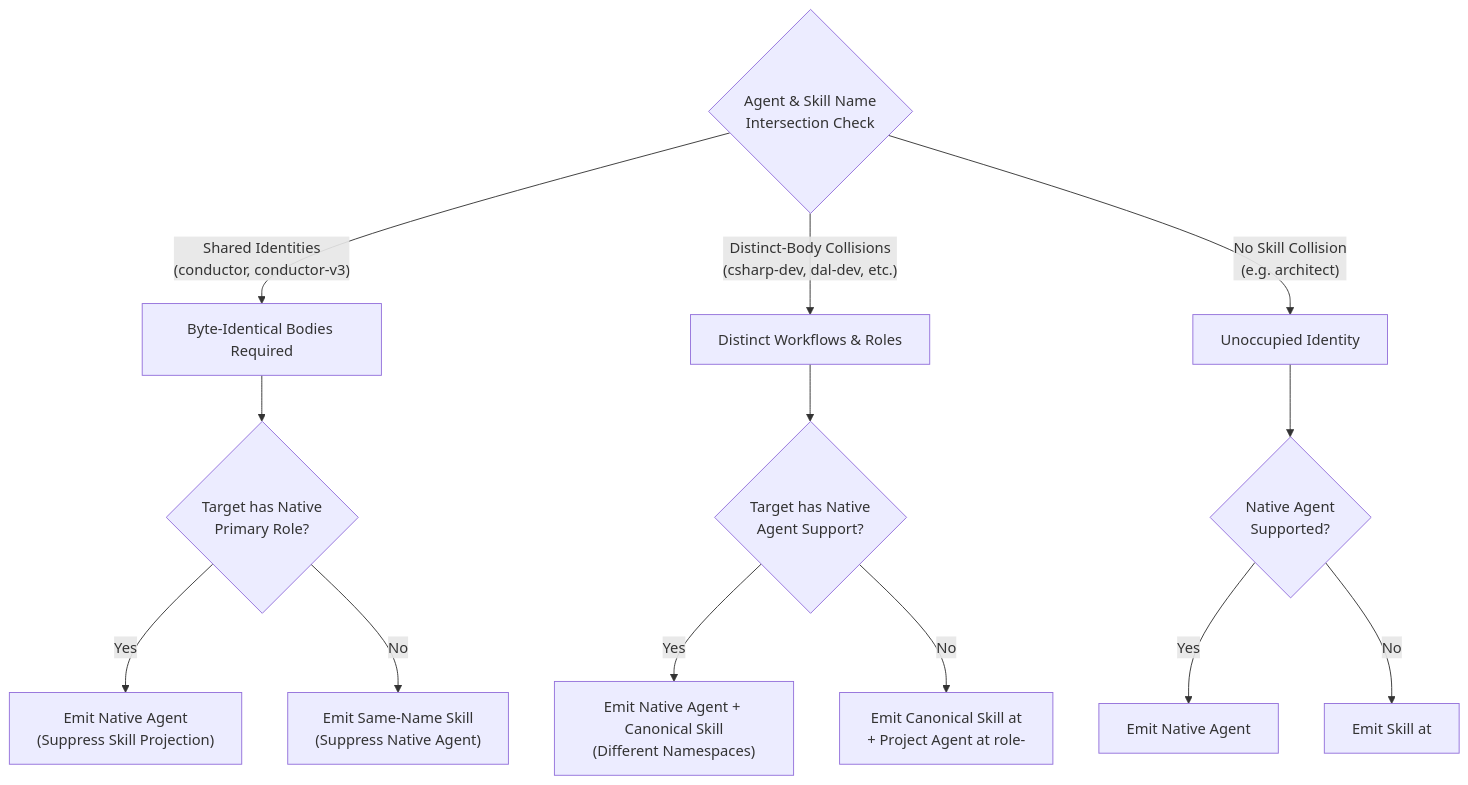
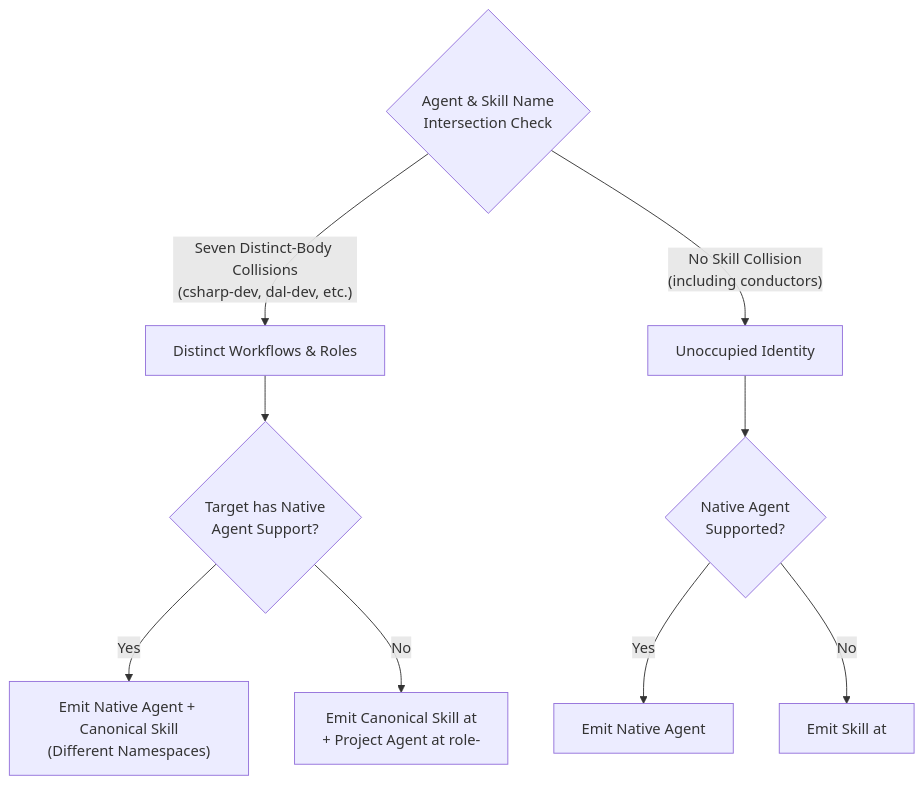
One commit to dpalfery/kyber-weave changed the third of 4 diagrams in docs/kyber-squad/architecture.md. Above: the diagram before and after it, drawn with Mermaid. The commit also changed other lines of this file and 139 other files, not shown here.

````diff
--- a/docs/kyber-squad/architecture.md
+++ b/docs/kyber-squad/architecture.md
@@ -110,20 +119,15 @@
 ```mermaid
 flowchart TD
     Intersection{"Agent & Skill Name\nIntersection Check"}
     
-    Intersection -->|"Shared Identities\n(conductor, conductor-v3)"| SharedPath["Byte-Identical Bodies Required"]
-    Intersection -->|"Distinct-Body Collisions\n(csharp-dev, dal-dev, etc.)"| CollisionPath["Distinct Workflows & Roles"]
-    Intersection -->|"No Skill Collision\n(e.g. architect)"| UnoccupiedPath["Unoccupied Identity"]
-
-    SharedPath --> NativePrimary{"Target has Native\nPrimary Role?"}
-    NativePrimary -->|"Yes"| EmitAgentOnly["Emit Native Agent\n(Suppress Skill Projection)"]
-    NativePrimary -->|"No"| EmitSkillOnly["Emit Same-Name Skill\n(Suppress Native Agent)"]
+    Intersection -->|"Seven Distinct-Body Collisions\n(csharp-dev, dal-dev, etc.)"| CollisionPath["Distinct Workflows & Roles"]
+    Intersection -->|"No Skill Collision\n(including conductors)"| UnoccupiedPath["Unoccupied Identity"]
 
     CollisionPath --> FallbackCheck{"Target has Native\nAgent Support?"}
     FallbackCheck -->|"Yes"| NativeBoth["Emit Native Agent + Canonical Skill\n(Different Namespaces)"]
     FallbackCheck -->|"No"| LowerPrefixed["Emit Canonical Skill at <name>\n+ Project Agent at role-<name>"]
 
     UnoccupiedPath --> UnoccupiedCheck{"Native Agent\nSupported?"}
     UnoccupiedCheck -->|"Yes"| NativeAgent["Emit Native Agent"]
     UnoccupiedCheck -->|"No"| LowerDirect["Emit Skill at <name>"]
 ```
````
